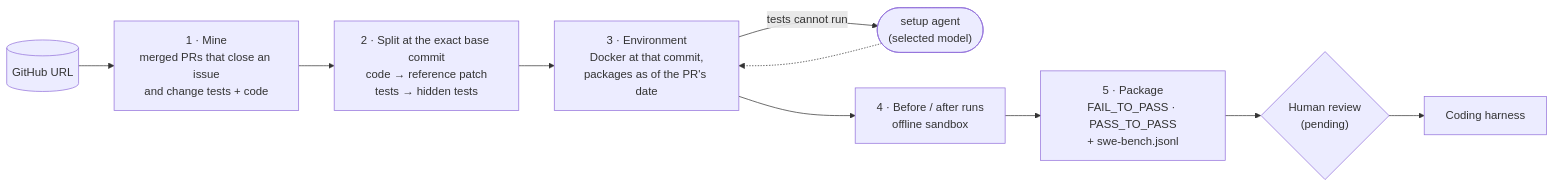
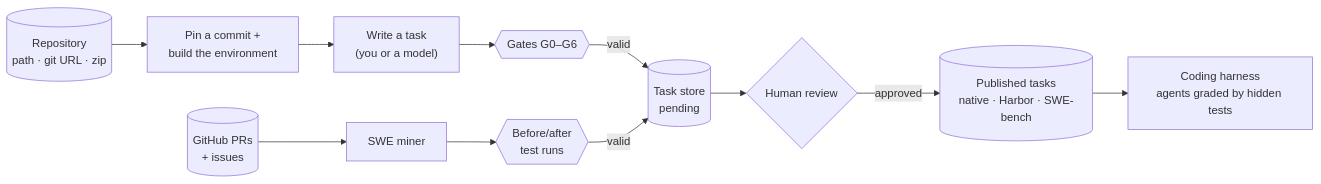
One commit to sreenivasivbieb/task-factory changed the diagram in README.md. Above: the diagram before and after it, drawn with Mermaid. The commit also changed other lines of this file and 14 other files, not shown here.

````diff
--- a/README.md
+++ b/README.md
@@ -163,11 +56,13 @@
 ```mermaid
 flowchart LR
-    U[("GitHub URL")] --> M["1 · Mine<br/>merged PRs that close an issue<br/>and change tests + code"]
-    M --> S["2 · Split at the exact base commit<br/>code → reference patch<br/>tests → hidden tests"]
-    S --> E["3 · Environment<br/>Docker at that commit,<br/>packages as of the PR's date"]
-    E -- "tests cannot run" --> A(["setup agent<br/>(selected model)"])
-    A -.-> E
-    E --> X["4 · Before / after runs<br/>offline sandbox"]
-    X --> P["5 · Package<br/>FAIL_TO_PASS · PASS_TO_PASS<br/>+ swe-bench.jsonl"]
-    P --> R{"Human review<br/>(pending)"} --> H["Coding harness"]
+    R[("Repository<br/>path · git URL · zip")] --> L[Pin a commit +<br/>build the environment]
+    GH[("GitHub PRs<br/>+ issues")] --> SW[SWE miner]
+    L --> W["Write a task<br/>(you or a model)"]
+    W --> V{{"Gates G0–G6"}}
+    SW --> X{{"Before/after<br/>test runs"}}
+    V -- valid --> S[("Task store<br/>pending")]
+    X -- valid --> S
+    S --> H{"Human review"}
+    H -- approved --> P[("Published tasks<br/>native · Harbor · SWE-bench")]
+    P --> HN["Coding harness<br/>agents graded by hidden tests"]
 ```
````
